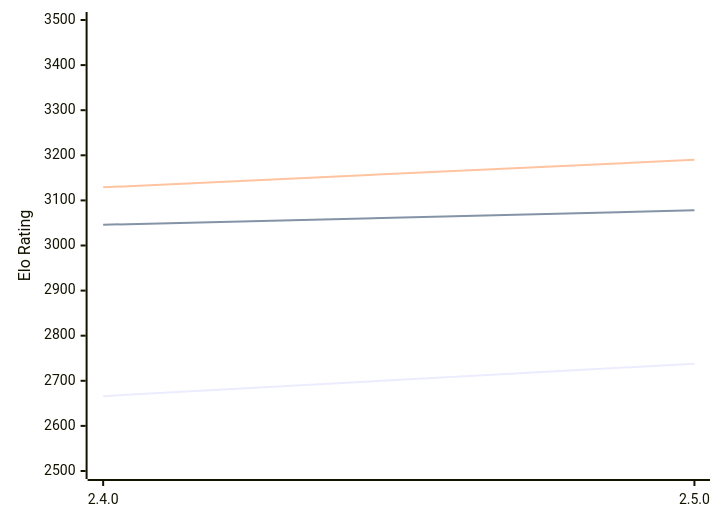
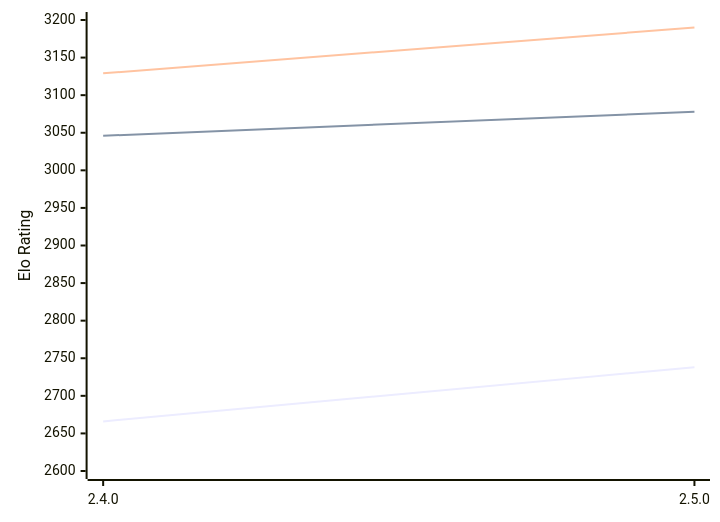
One commit to computer-chess-index/cci changed the diagram in engines/Sturddle2.md. Above: the diagram before and after it, drawn with Mermaid. The commit also changed other lines of this file, not shown here.

Commit message:
Update CCI Ratings (ELO VLTC) - 2026-02-10

````diff
--- a/engines/Sturddle2.md
+++ b/engines/Sturddle2.md
@@ -34,9 +34,9 @@
 ```mermaid
 %%{init: {"theme":"base","themeVariables":{"seriesColors:['#a3a3a3','#222221','#faa371']}}}%%
 xychart-beta
   x-axis ["2.4.0", "2.5.0"]
-  y-axis "Elo Rating" 2500 --> 3500
+  y-axis "Elo Rating" 2600 --> 3200
   line "STC (8.0+0.08s)" [2666, 2738]
   line "LTC (60.0+0.60s)" [3046, 3078]
   line "VLTC (2m24s+1.12s)" [3129, 3190]
 ```
````
